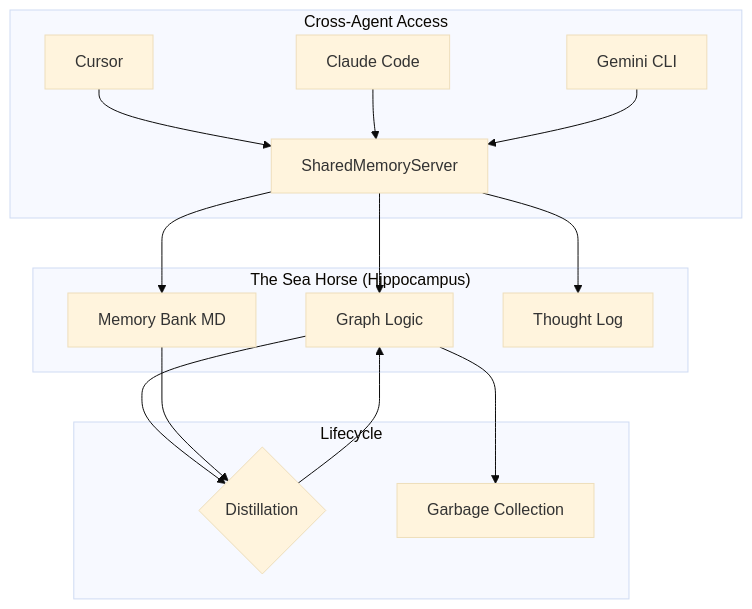
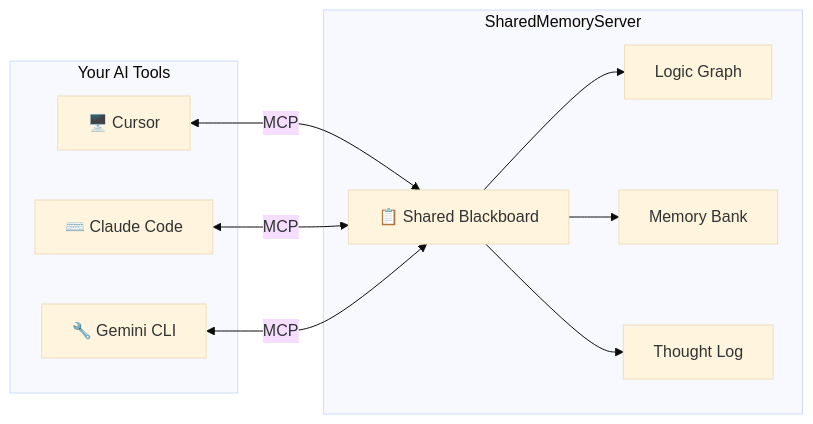
One commit to ayato-labs/SharedMemoryServer changed the diagram in README.md. Above: the diagram before and after it, drawn with Mermaid (base theme). The commit also changed other lines of this file, not shown here.

````diff
--- a/README.md
+++ b/README.md
@@ -49,18 +32,17 @@
 ```mermaid
-graph TD
-    subgraph "Cross-Agent Access"
-        A1[Cursor] --> M[SharedMemoryServer]
-        A2[Claude Code] --> M
-        A3[Gemini CLI] --> M
+graph LR
+    subgraph "Your AI Tools"
+        A1["🖥️ Cursor"]
+        A2["⌨️ Claude Code"]
+        A3["🔧 Gemini CLI"]
     end
-    subgraph "The Sea Horse (Hippocampus)"
-        M --> B1[Graph Logic]
-        M --> B2[Memory Bank MD]
-        M --> B3[Thought Log]
+    subgraph "SharedMemoryServer"
+        M["📋 Shared Blackboard"]
+        M --> G["Logic Graph"]
+        M --> B["Memory Bank"]
+        M --> T["Thought Log"]
     end
-    subgraph "Lifecycle"
-        B1 & B2 --> D{Distillation}
-        D --> B1
-        B1 --> G[Garbage Collection]
-    end
+    A1 <-->|MCP| M
+    A2 <-->|MCP| M
+    A3 <-->|MCP| M
 ```
````
